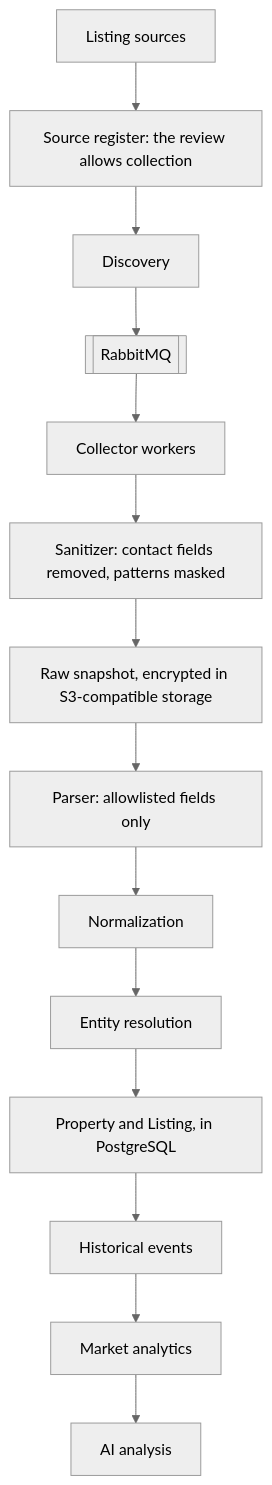
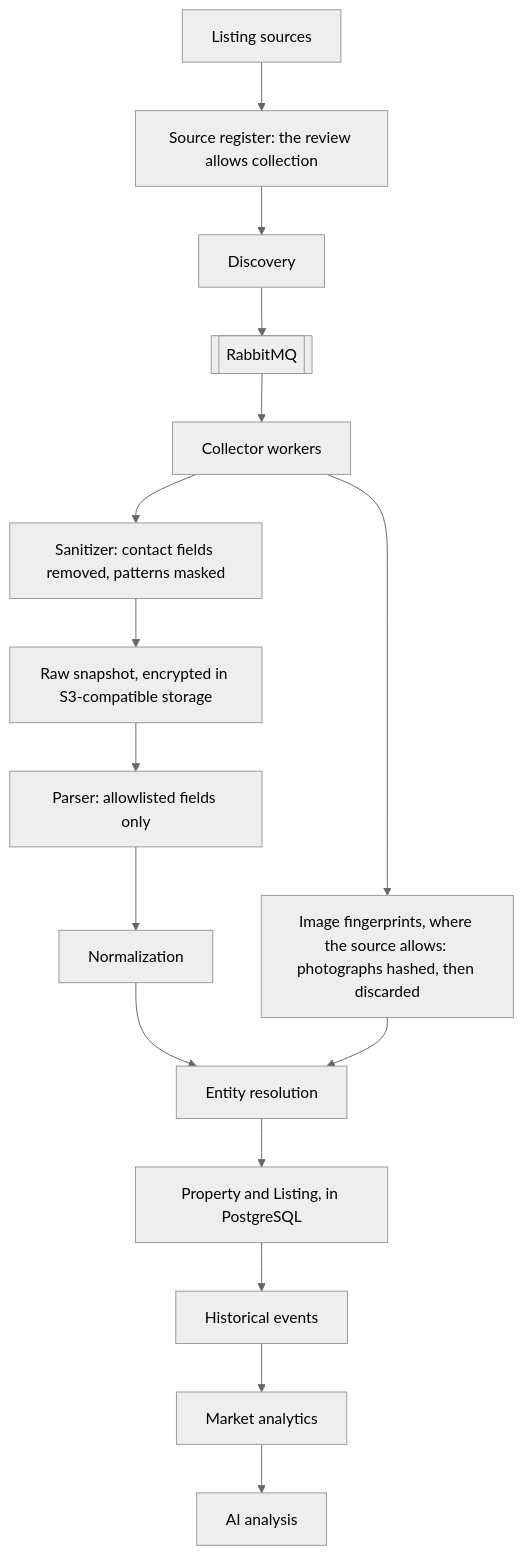
Before and after one commit to leohteixeira/real-estate-intelligence: the second of 3 diagrams in _bmad-output/initiative-real-estate-intelligence/spec-real-estate-intelligence/architecture.md, drawn with Mermaid (neutral theme). The commit also changed other lines of this file and 4 other files, not shown here.

````diff
--- a/_bmad-output/initiative-real-estate-intelligence/spec-real-estate-intelligence/architecture.md
+++ b/_bmad-output/initiative-real-estate-intelligence/spec-real-estate-intelligence/architecture.md
@@ -104,16 +113,18 @@
 ```mermaid
 flowchart TD
   src["Listing sources"] --> reg["Source register: the review allows collection"]
   reg --> disc["Discovery"]
   disc --> q[["RabbitMQ"]]
   q --> col["Collector workers"]
   col --> san["Sanitizer: contact fields removed, patterns masked"]
+  col --> fp["Image fingerprints, where the source allows: photographs hashed, then discarded"]
   san --> raw["Raw snapshot, encrypted in S3-compatible storage"]
   raw --> parse["Parser: allowlisted fields only"]
   parse --> norm["Normalization"]
   norm --> er["Entity resolution"]
+  fp --> er
   er --> pl["Property and Listing, in PostgreSQL"]
   pl --> ev["Historical events"]
   ev --> ma["Market analytics"]
   ma --> aia["AI analysis"]
 ```
````
